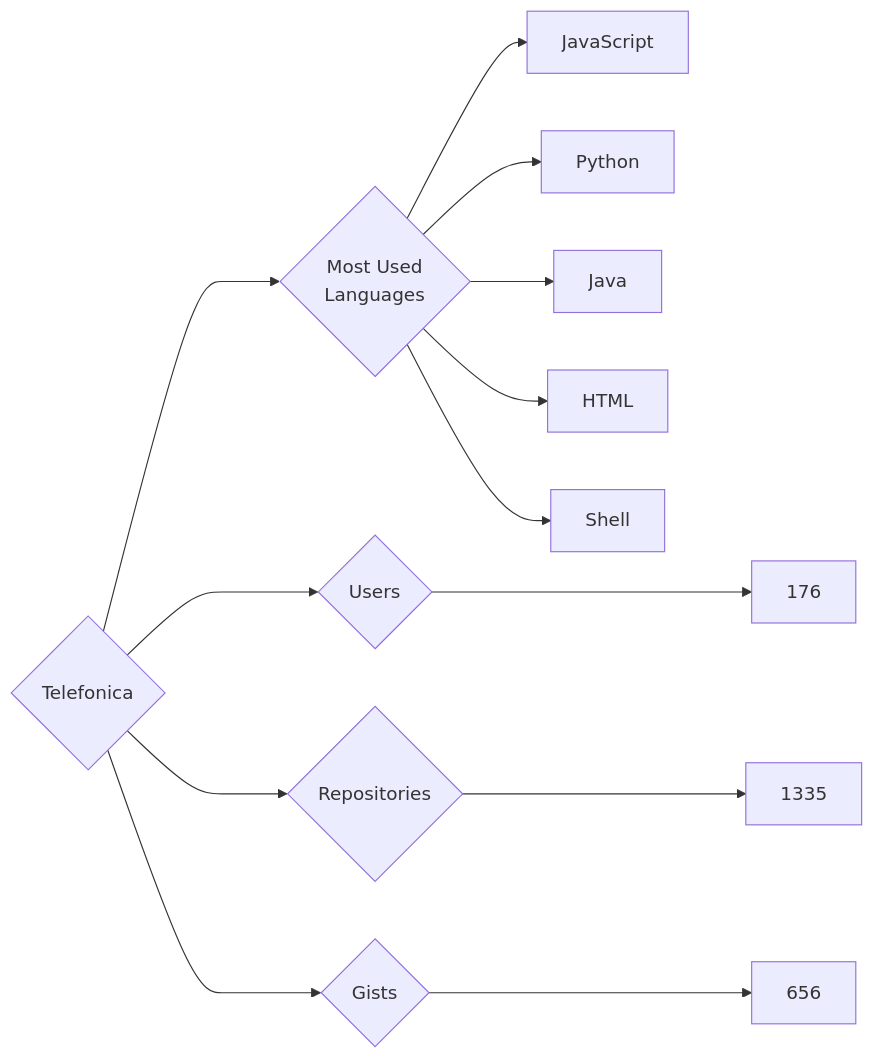
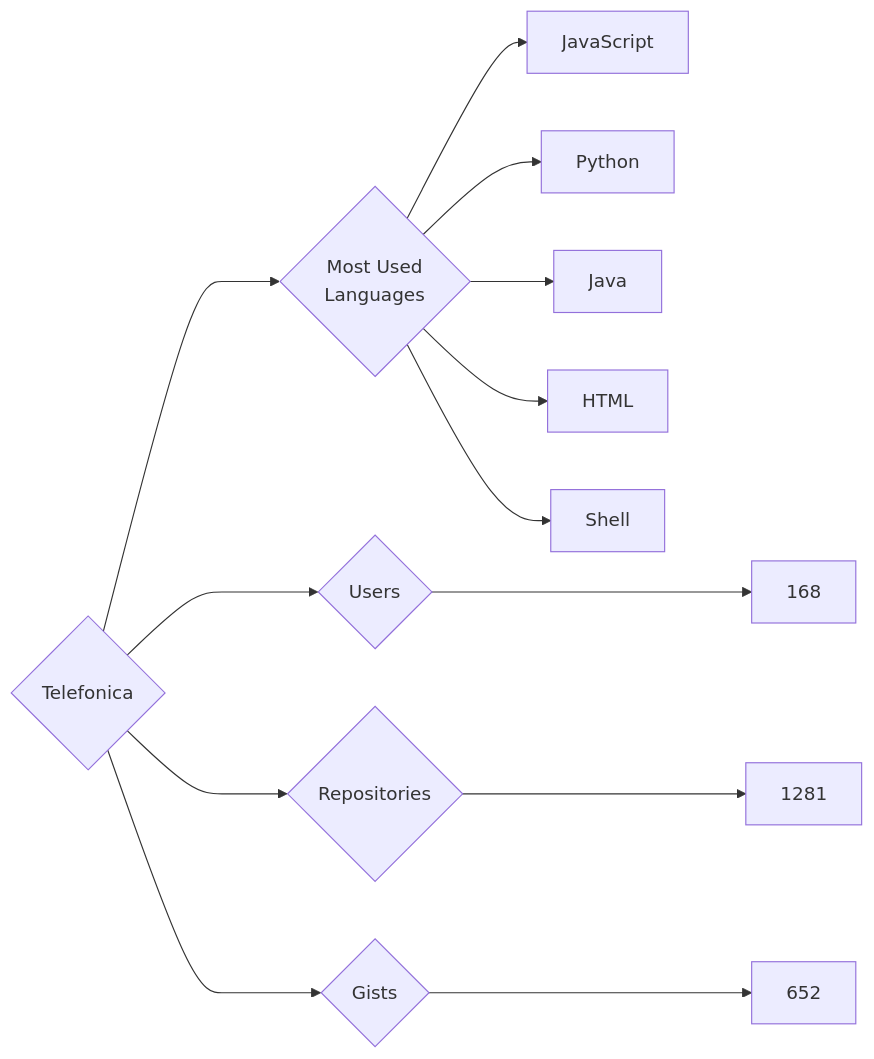
One commit to trickest/insiders changed the diagram in targets/Telefonica/README.md. Above: the diagram before and after it, drawn with Mermaid. The commit also changed 728 other files, not shown here.

````diff
--- a/targets/Telefonica/README.md
+++ b/targets/Telefonica/README.md
@@ -3,13 +3,13 @@
 ```mermaid
 graph LR
 COMPANY_NAME{Telefonica}
-COMPANY_NAME ---> U{Users} ---> UN[176]
-COMPANY_NAME ---> R{Repositories} ---> RN[1335]
-COMPANY_NAME ---> G{Gists} ---> GN[656]
+COMPANY_NAME ---> U{Users} ---> UN[168]
+COMPANY_NAME ---> R{Repositories} ---> RN[1281]
+COMPANY_NAME ---> G{Gists} ---> GN[652]
 COMPANY_NAME ---> ML{Most Used<br>Languages}
 ML --> JavaScript[JavaScript]
 ML --> Python[Python]
 ML --> Java[Java]
 ML --> HTML[HTML]
 ML --> Shell[Shell]
 ```
````
